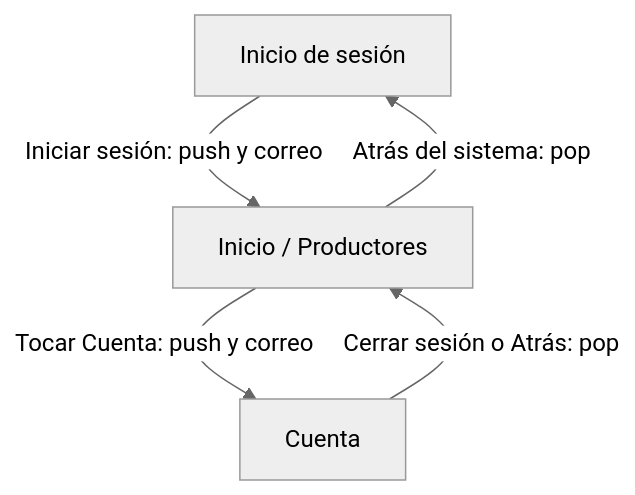
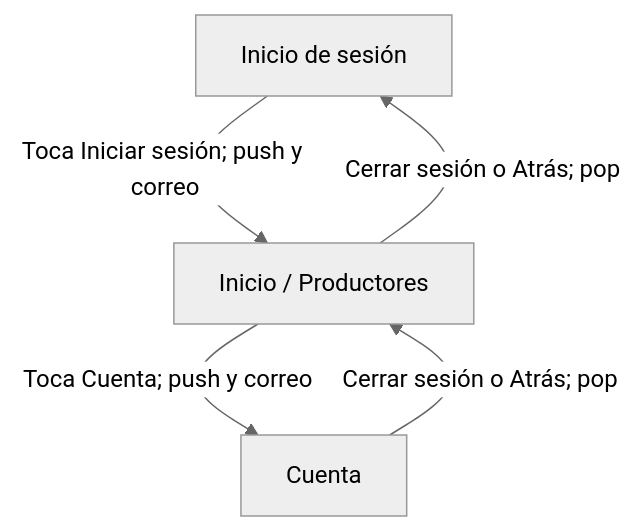
Before and after one commit to VanessaOspina16/navegacion_mercado: the diagram in README.md, drawn with Mermaid (neutral theme). The commit also changed other lines of this file, not shown here.

````diff
--- a/README.md
+++ b/README.md
@@ -14,7 +16,7 @@
 ```mermaid
 flowchart TD
-          Login[Inicio de sesión] -->|Iniciar sesión: push y correo| Inicio[Inicio / Productores]
-          Inicio -->|Tocar Cuenta: push y correo| Cuenta[Cuenta]
-          Cuenta -->|Cerrar sesión o Atrás: pop| Inicio
-          Inicio -->|Atrás del sistema: pop| Login
+          Login[Inicio de sesión] -->|Toca Iniciar sesión; push y correo| Inicio[Inicio / Productores]
+          Inicio -->|Toca Cuenta; push y correo| Cuenta[Cuenta]
+          Cuenta -->|Cerrar sesión o Atrás; pop| Inicio
+          Inicio -->|Cerrar sesión o Atrás; pop| Login
 ```
````
